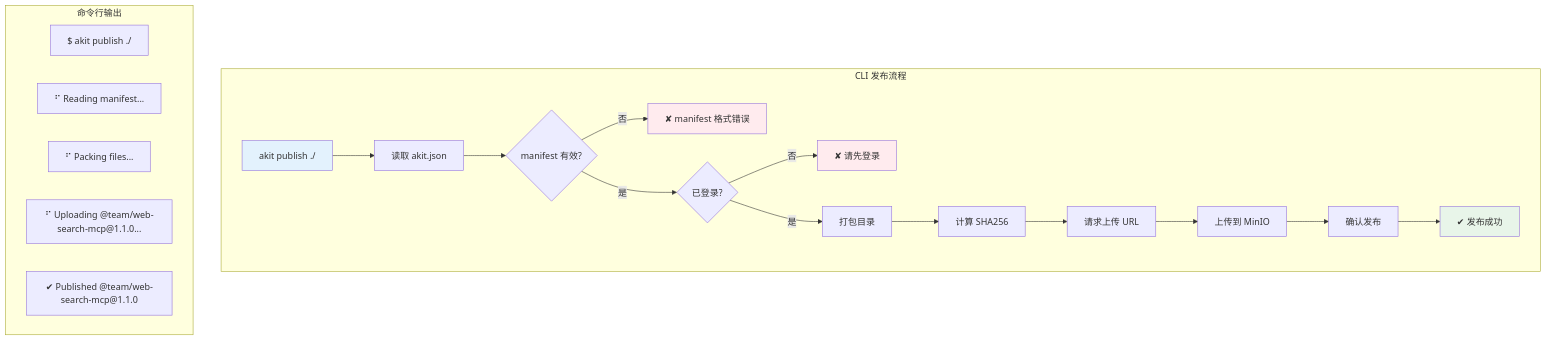
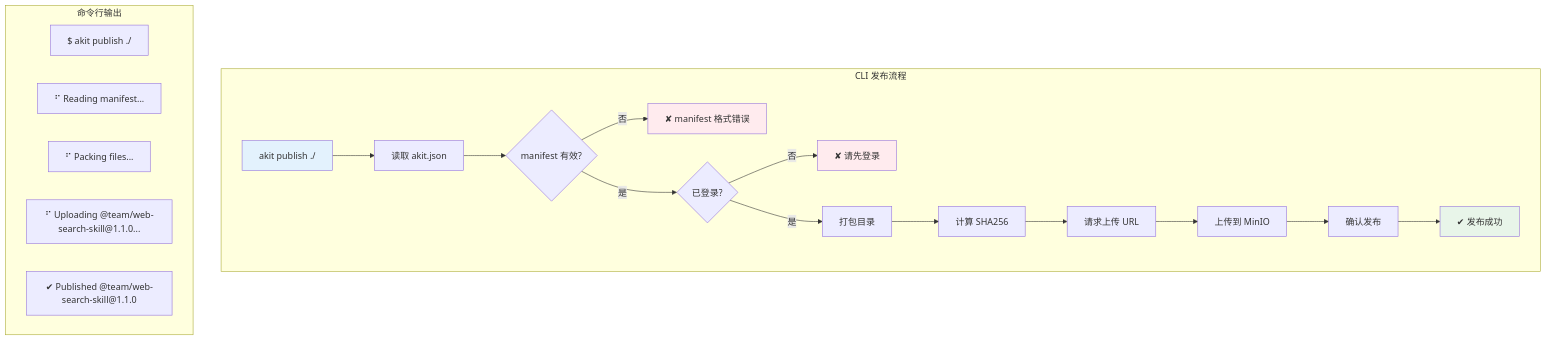
One commit to afine907/agent-kit-admin changed the eighth of 10 diagrams in docs/architecture/diagrams/03-user-interaction.md. Above: the diagram before and after it, drawn with Mermaid. The commit also changed other lines of this file and 126 other files, not shown here.

First line of the commit message:
refactor!: 移除 MCP 支持并引入 Skill 测试对话 Agent

````diff
--- a/docs/architecture/diagrams/03-user-interaction.md
+++ b/docs/architecture/diagrams/03-user-interaction.md
@@ -272,31 +270,31 @@
 ```mermaid
 flowchart TB
     subgraph "CLI 发布流程"
         Start["akit publish ./"] --> ReadManifest["读取 akit.json"]
         ReadManifest --> ValidateManifest{"manifest 有效?"}
         ValidateManifest -->|否| Error1["✘ manifest 格式错误"]
 
         ValidateManifest -->|是| CheckAuth{"已登录?"}
         CheckAuth -->|否| Error2["✘ 请先登录"]
 
         CheckAuth -->|是| Pack["打包目录"]
         Pack --> CalcHash["计算 SHA256"]
         CalcHash --> RequestUpload["请求上传 URL"]
         RequestUpload --> Upload["上传到 MinIO"]
         Upload --> Confirm["确认发布"]
         Confirm --> Done["✔ 发布成功"]
     end
 
     subgraph "命令行输出"
         Output1["$ akit publish ./"]
         Output2["⠋ Reading manifest..."]
         Output3["⠋ Packing files..."]
-        Output4["⠋ Uploading @team/web-search-mcp@1.1.0..."]
-        Output5["✔ Published @team/web-search-mcp@1.1.0"]
+        Output4["⠋ Uploading @team/web-search-skill@1.1.0..."]
+        Output5["✔ Published @team/web-search-skill@1.1.0"]
     end
 
     style Start fill:#E3F2FD
     style Done fill:#E8F5E9
     style Error1 fill:#FFEBEE
     style Error2 fill:#FFEBEE
 ```
````
